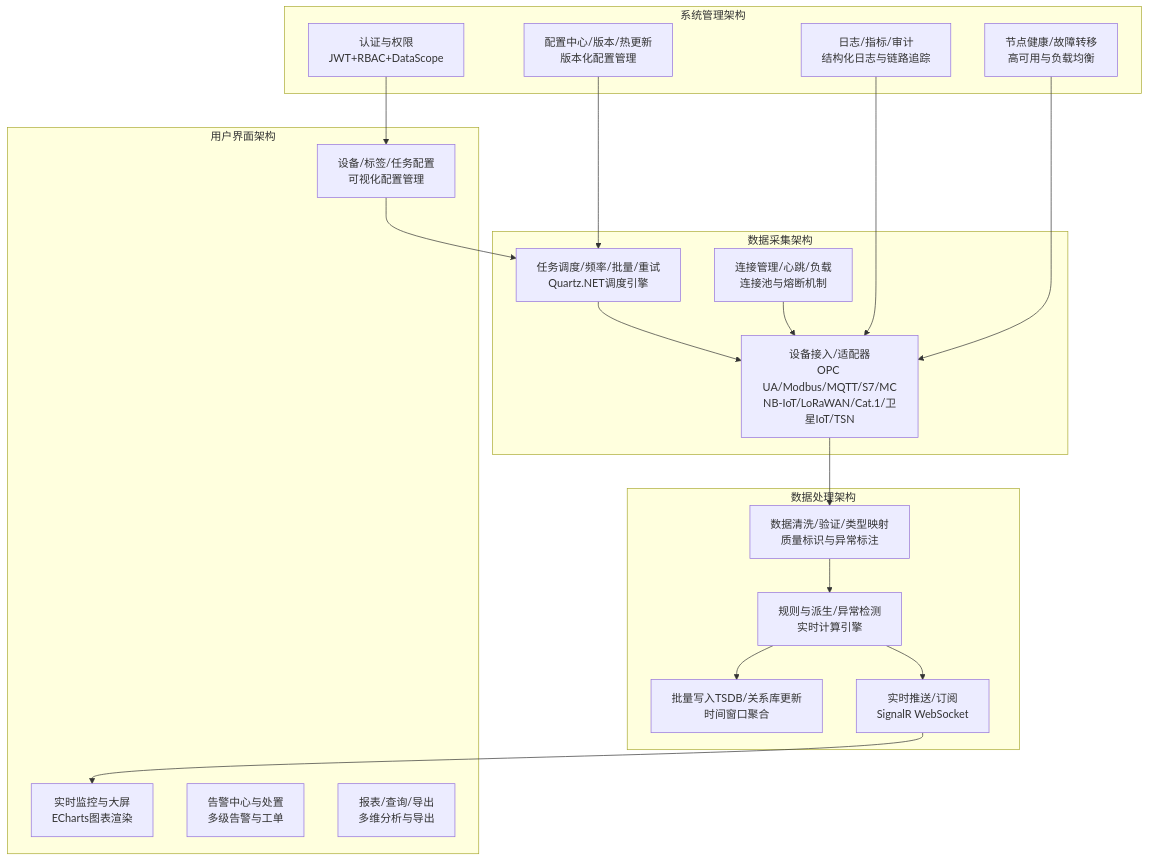
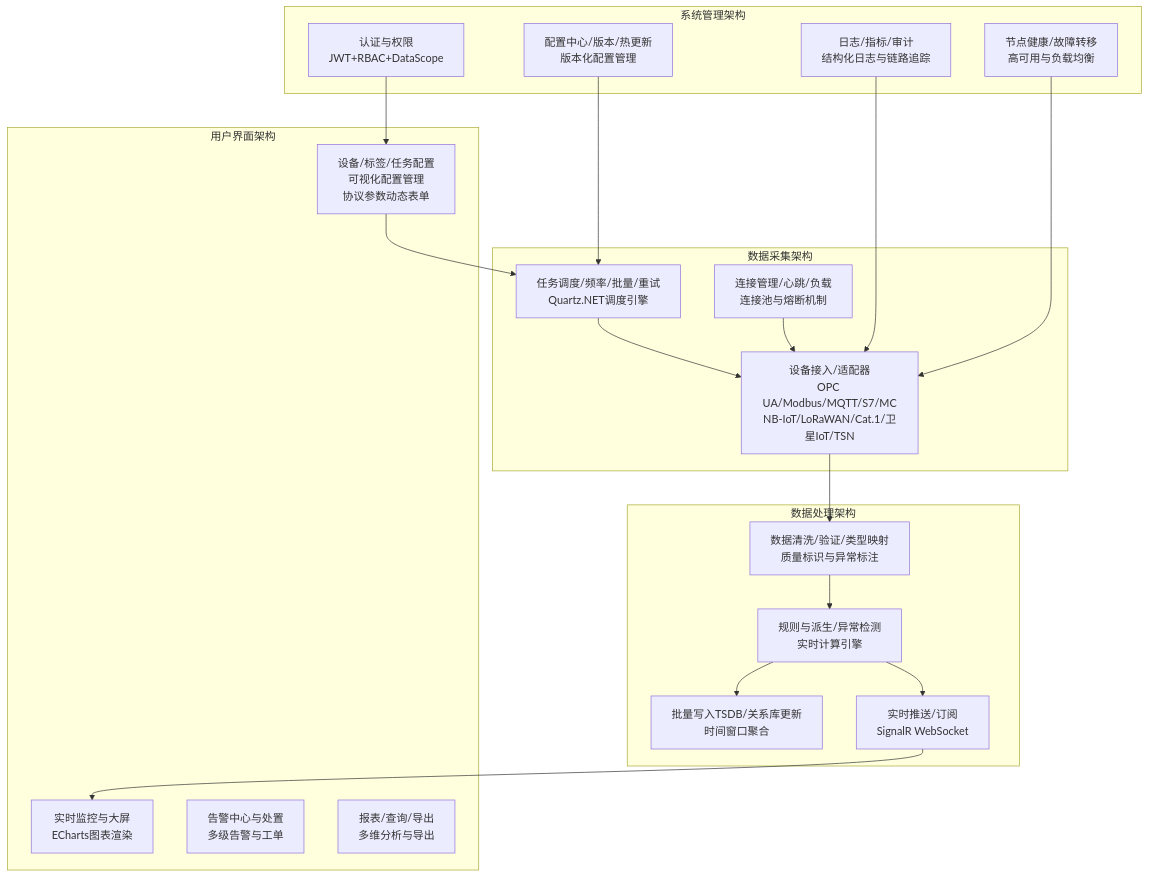
The second of 16 diagrams in 01_Doc/01_PJDesign/04_SSA_工业数据采集系统架构设计说明.md (eatbs0956/FA_Device_Data_Collector_Public), drawn with Mermaid before and after one commit. The commit also changed other lines of this file and 567 other files, not shown here.

````diff
--- a/01_Doc/01_PJDesign/04_SSA_工业数据采集系统架构设计说明.md
+++ b/01_Doc/01_PJDesign/04_SSA_工业数据采集系统架构设计说明.md
@@ -97,43 +97,43 @@
 ```mermaid
 graph TB
   subgraph "数据采集架构"
     A1[设备接入/适配器<br/>OPC UA/Modbus/MQTT/S7/MC<br/>NB-IoT/LoRaWAN/Cat.1/卫星IoT/TSN]
     A2[任务调度/频率/批量/重试<br/>Quartz.NET调度引擎]
     A3[连接管理/心跳/负载<br/>连接池与熔断机制]
   end
 
   subgraph "数据处理架构"
     B1[数据清洗/验证/类型映射<br/>质量标识与异常标注]
     B2[规则与派生/异常检测<br/>实时计算引擎]
     B3[批量写入TSDB/关系库更新<br/>时间窗口聚合]
     B4[实时推送/订阅<br/>SignalR WebSocket]
   end
 
   subgraph "用户界面架构"
-    C1[设备/标签/任务配置<br/>可视化配置管理]
+    C1[设备/标签/任务配置<br/>可视化配置管理<br/>协议参数动态表单]
     C2[实时监控与大屏<br/>ECharts图表渲染]
     C3[告警中心与处置<br/>多级告警与工单]
     C4[报表/查询/导出<br/>多维分析与导出]
   end
 
   subgraph "系统管理架构"
     D1[认证与权限<br/>JWT+RBAC+DataScope]
     D2[配置中心/版本/热更新<br/>版本化配置管理]
     D3[日志/指标/审计<br/>结构化日志与链路追踪]
     D4[节点健康/故障转移<br/>高可用与负载均衡]
   end
 
   %% 模块间关系
   A1 --> B1
   A2 --> A1
   A3 --> A1
   B1 --> B2
   B2 --> B3
   B2 --> B4
   B4 --> C2
   C1 --> A2
   D1 --> C1
   D2 --> A2
   D3 --> A1
   D4 --> A1
 ```
````
